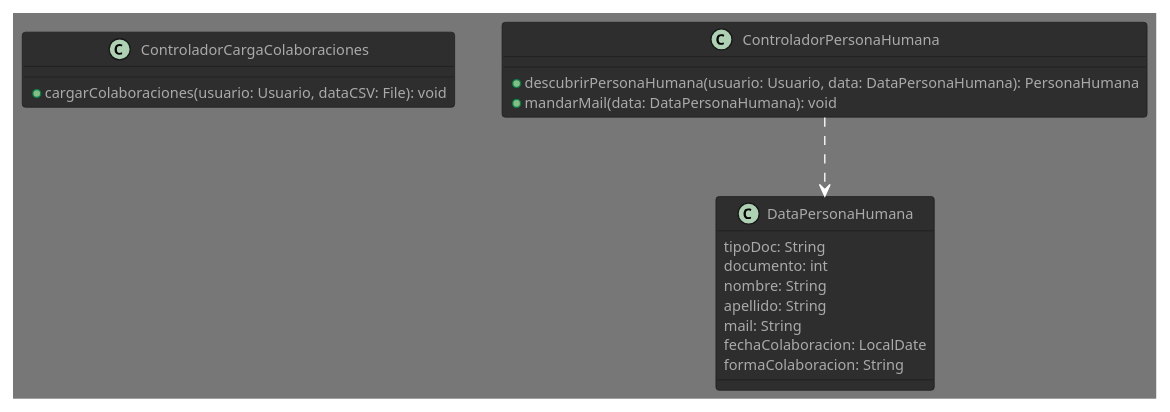
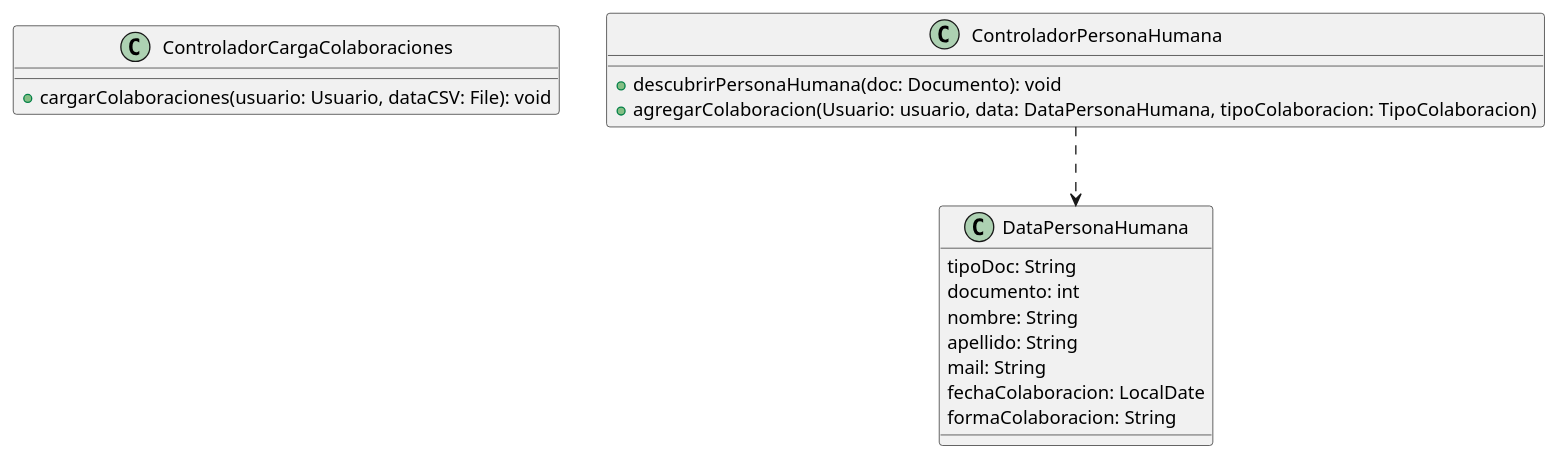
One commit to eitan-wajsberg/tp-anual-dds-2024 changed the diagram in documentos/segundaEntrega/diagramaDeClasesControladores.puml. Above: the diagram before and after it, drawn with PlantUML. The commit also changed 2 other files, not shown here.

```diff
--- a/documentos/segundaEntrega/diagramaDeClasesControladores.puml
+++ b/documentos/segundaEntrega/diagramaDeClasesControladores.puml
@@ -1,66 +1,79 @@
 @startuml diagramaDeClasesControladores
-!theme reddress-darkblue
 
 class ControladorCargaColaboraciones {
     + cargarColaboraciones(usuario: Usuario, dataCSV: File): void
 }
-
 
 /'
 void cargarColaboraciones(usuario: Usuario, archivoCSV: String){
     
     Permiso permisoCargarColaboraciones = RepositorioPermisos.buscar("CARGAR_COLABORACION");
     if(!usuario.getRol().tenesPermiso(permisoCargarColaboraciones)) {
         throw new PermisoInsuficienteException(permisoCargarColaboraciones);
     }
     
     // Crear un objeto Reader para el archivo CSV
     Reader reader = new FileReader(archivoCSV);
 
     // Crear un parser CSV con el formato predeterminado
     CSVParser csvParser = CSVFormat.DEFAULT.parse(reader);
 
     for (CSVRecord record : csvParser) {
         // Acceder a los valores de cada columna por su índice
         String TipoDocumento = record.get(0);
         Int DNI = record.get(1);
         Documento doc = new Documento(TipoDocumento, DNI);
-        PersonaHumana persona = RepositorioPersonaHumana.buscar(doc);
-        if(persona == NULL) {
-            crear usuario
-            crear persona humana y ponerle el usuario
-            
-            mandar Mail
+        // lleno DataPersona con tipo doc, nro, nombre, apellido y mail
+        controladorPersona.descubrirPersonaHumana(doc);
+        ...
+        TipoColaboracion colaboracion;
+        switch(record.get("forma de colaboracion")){
+          case "dinero":
+            colaboracion = new DonacionDinero(cantidad); break;
+          ...
         }
-
-        crear instancias de contribuciones
-        asignarlas a la persona
-
-        actualizar persona en repositorio
+        controladorPersona.agregarColaboracionAPersona(usuario, DataPersona, colaboracion);
     }
 }
 tipo doc    documento   fecha colaboracion      forma colab         cantidad
 dni         111         25/5/2024               dinero              100
 dni         120         25/5/2024               dinero              50
 dni         111         25/5/2024               entraga_tarjetas    3
 '/
 
+class ControladorPersonaHumana {
+    + descubrirPersonaHumana(doc: Documento): void
+    + agregarColaboracion(Usuario: usuario, data: DataPersonaHumana, tipoColaboracion: TipoColaboracion)
+}
 
-class ControladorPersonaHumana {
-    + descubrirPersonaHumana(usuario: Usuario, data: DataPersonaHumana): PersonaHumana
-    + mandarMail(data: DataPersonaHumana): void
+/'
+PersonaHumana descubrirPersonaHumana(doc: Documento) {
+        PersonaHumana persona = RepositorioPersonaHumana.buscar(doc);
+
+        if(persona == NULL) {
+            crear usuario
+            crear persona humana y ponerle el usuario
+
+            mandar Mail
+        }
+
+        crear instancias de contribuciones
+        asignarlas a la persona
+
+        actualizar persona en repositorio
 }
+'/
 
 ControladorPersonaHumana ..> DataPersonaHumana
 
 class DataPersonaHumana {
     tipoDoc: String
     documento: int
     nombre: String
     apellido: String
     mail: String
     fechaColaboracion: LocalDate
     formaColaboracion: String
 }
 
 @enduml
```
